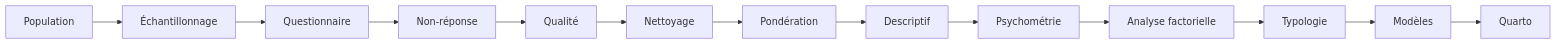
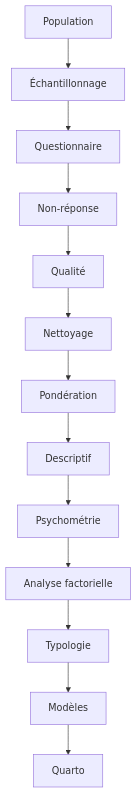
Before and after one commit to cmadjeki-dot/DEPP_B4_Pratiques_Enseignantes: the diagram in README.md, drawn with Mermaid. The commit also changed 1 other file, not shown here.

Commit message:
Documenter les controles de publication et ameliorer Mermaid [skip ci]

````diff
--- a/README.md
+++ b/README.md
@@ -23,15 +23,15 @@
 ```mermaid
-flowchart LR
+flowchart TB
     A[Population] --> B[Échantillonnage]
     B --> C[Questionnaire]
     C --> D[Non-réponse]
     D --> E[Qualité]
     E --> F[Nettoyage]
     F --> G[Pondération]
     G --> H[Descriptif]
     H --> I[Psychométrie]
     I --> J[Analyse factorielle]
     J --> K[Typologie]
     K --> L[Modèles]
     L --> M[Quarto]
 ```
````
